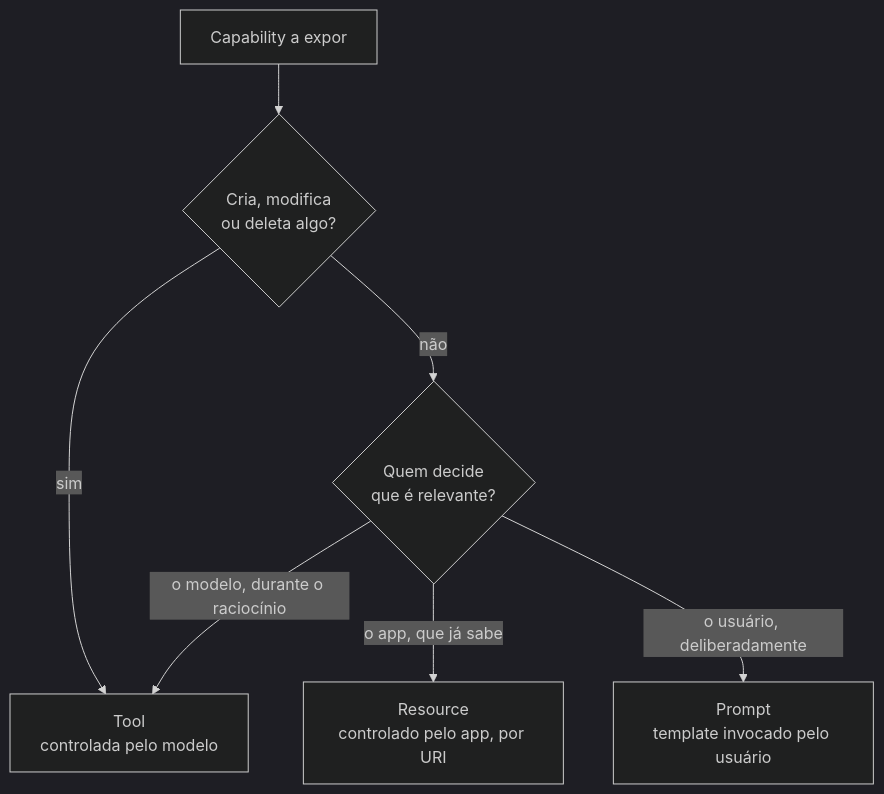
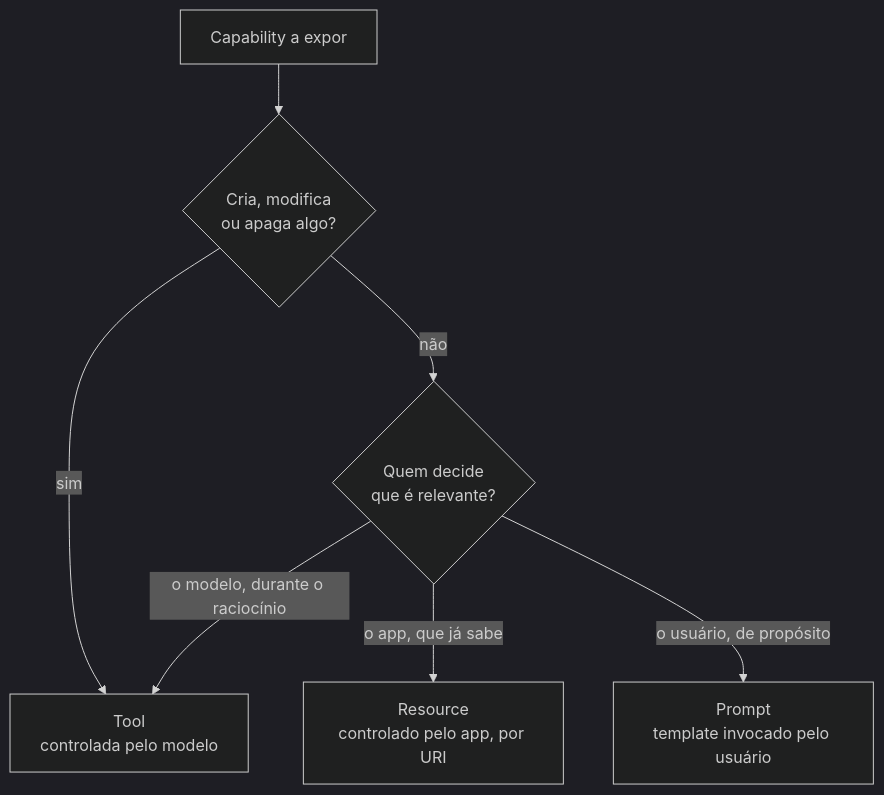
The eighth of 34 diagrams in 06-agents-and-tool-use/questions.pt-BR.md (andrevberaldo/AI-Engineer-Interview-Questions), drawn with Mermaid (dark theme) before and after one commit. The commit also changed other lines of this file and 1 other file, not shown here.

````diff
--- a/06-agents-and-tool-use/questions.pt-BR.md
+++ b/06-agents-and-tool-use/questions.pt-BR.md
@@ -367,9 +367,9 @@
 ```mermaid
 flowchart TD
-    A["Capability a expor"] --> B{"Cria, modifica<br/>ou deleta algo?"}
+    A["Capability a expor"] --> B{"Cria, modifica<br/>ou apaga algo?"}
     B -->|"sim"| C["Tool<br/>controlada pelo modelo"]
     B -->|"não"| D{"Quem decide<br/>que é relevante?"}
     D -->|"o modelo, durante o raciocínio"| C
     D -->|"o app, que já sabe"| E["Resource<br/>controlado pelo app, por URI"]
-    D -->|"o usuário, deliberadamente"| F["Prompt<br/>template invocado pelo usuário"]
+    D -->|"o usuário, de propósito"| F["Prompt<br/>template invocado pelo usuário"]
 ```
````
